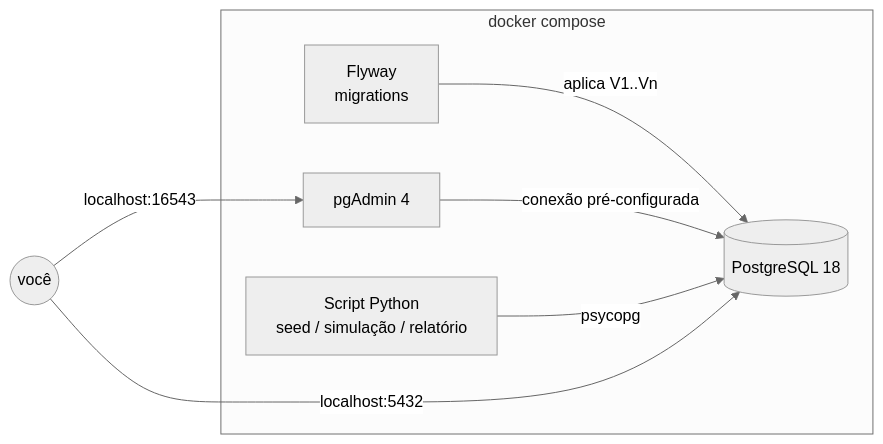
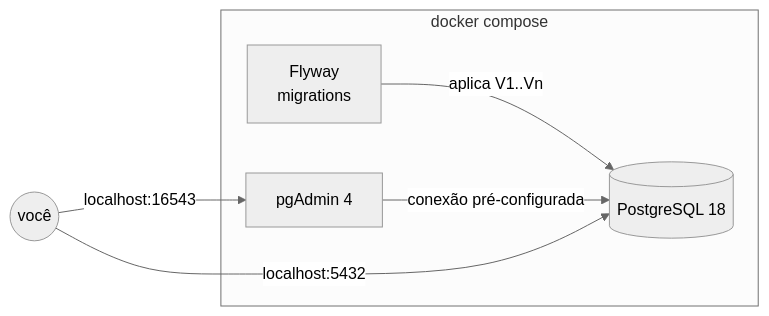
The diagram in README.md (00MOREIRA00/docker-postgresql-pgadmin), drawn with Mermaid (neutral theme) before and after one commit. The commit also changed other lines of this file and 13 other files, not shown here.

Commit message:
feat: adiciona Flyway e schema inicial para v0.3.0

````diff
--- a/README.md
+++ b/README.md
@@ -25,11 +19,10 @@
 ```mermaid
 flowchart LR
     subgraph compose[docker compose]
         PG[(PostgreSQL 18)]
         FW[Flyway<br/>migrations] -->|aplica V1..Vn| PG
         PGA[pgAdmin 4] -->|conexão pré-configurada| PG
-        PY[Script Python<br/>seed / simulação / relatório] -->|psycopg| PG
     end
     DEV((você)) -->|localhost:16543| PGA
     DEV -->|localhost:5432| PG
 ```
````
